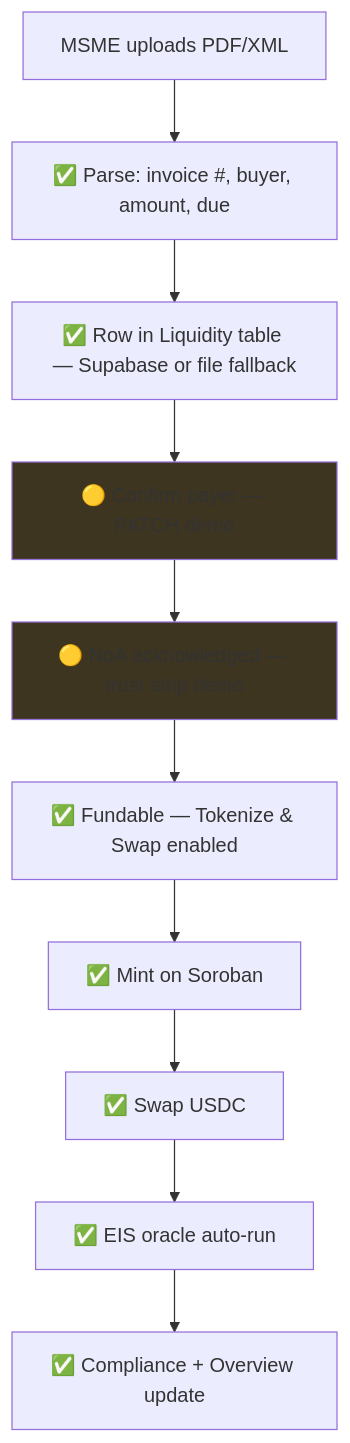
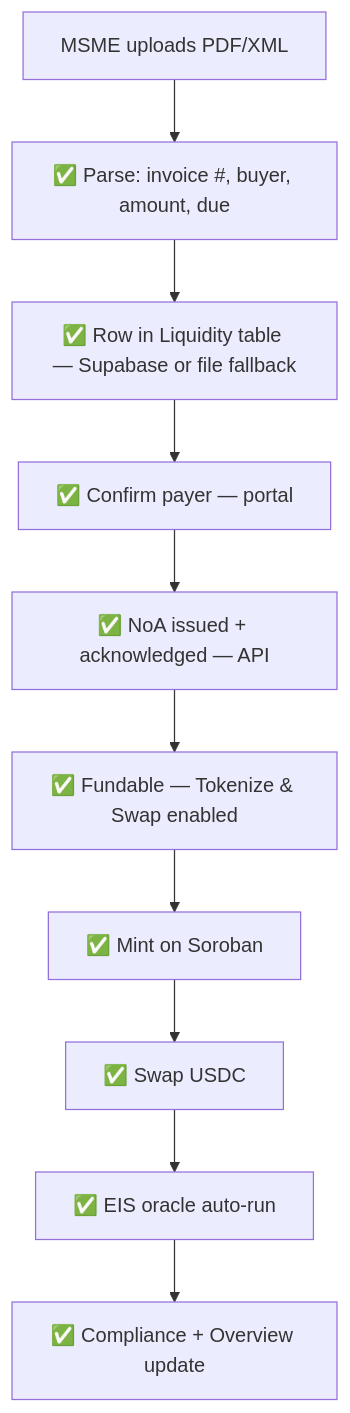
One commit to Axon-Enjin/axial changed the fourth of 8 diagrams in docs/flow.md. Above: the diagram before and after it, drawn with Mermaid. The commit also changed other lines of this file and 6 other files, not shown here.

````diff
--- a/docs/flow.md
+++ b/docs/flow.md
@@ -177,15 +176,12 @@
 ```mermaid
 flowchart TD
   U["MSME uploads PDF/XML"] --> P["✅ Parse: invoice #, buyer, amount, due"]
   P --> R["✅ Row in Liquidity table — Supabase or file fallback"]
-  R --> PC["🟡 Confirm payer — PATCH demo"]
-  PC --> NOA["🟡 NoA acknowledged — trust strip demo"]
+  R --> PC["✅ Confirm payer — portal"]
+  PC --> NOA["✅ NoA issued + acknowledged — API"]
   NOA --> OK["✅ Fundable — Tokenize & Swap enabled"]
   OK --> M["✅ Mint on Soroban"]
   M --> S["✅ Swap USDC"]
   S --> EIS["✅ EIS oracle auto-run"]
   EIS --> UI2["✅ Compliance + Overview update"]
-
-  style PC fill:#3d3520
-  style NOA fill:#3d3520
 ```
````
